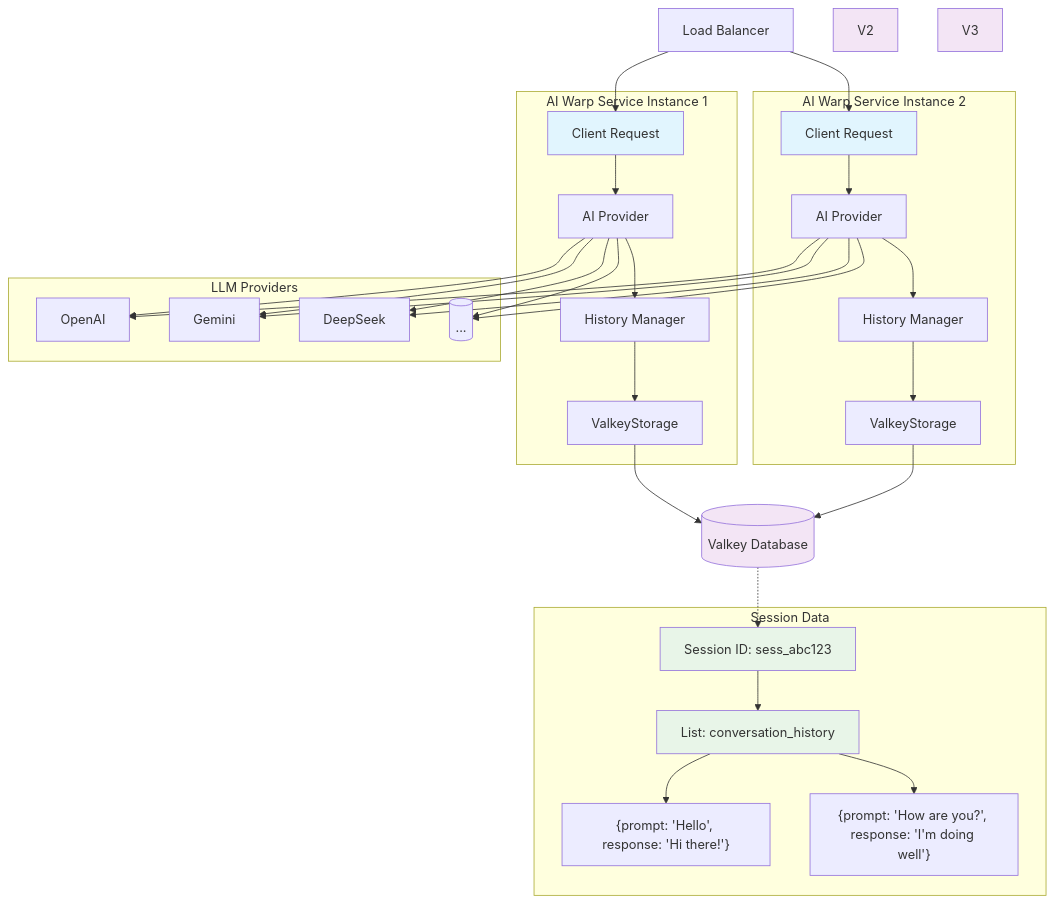
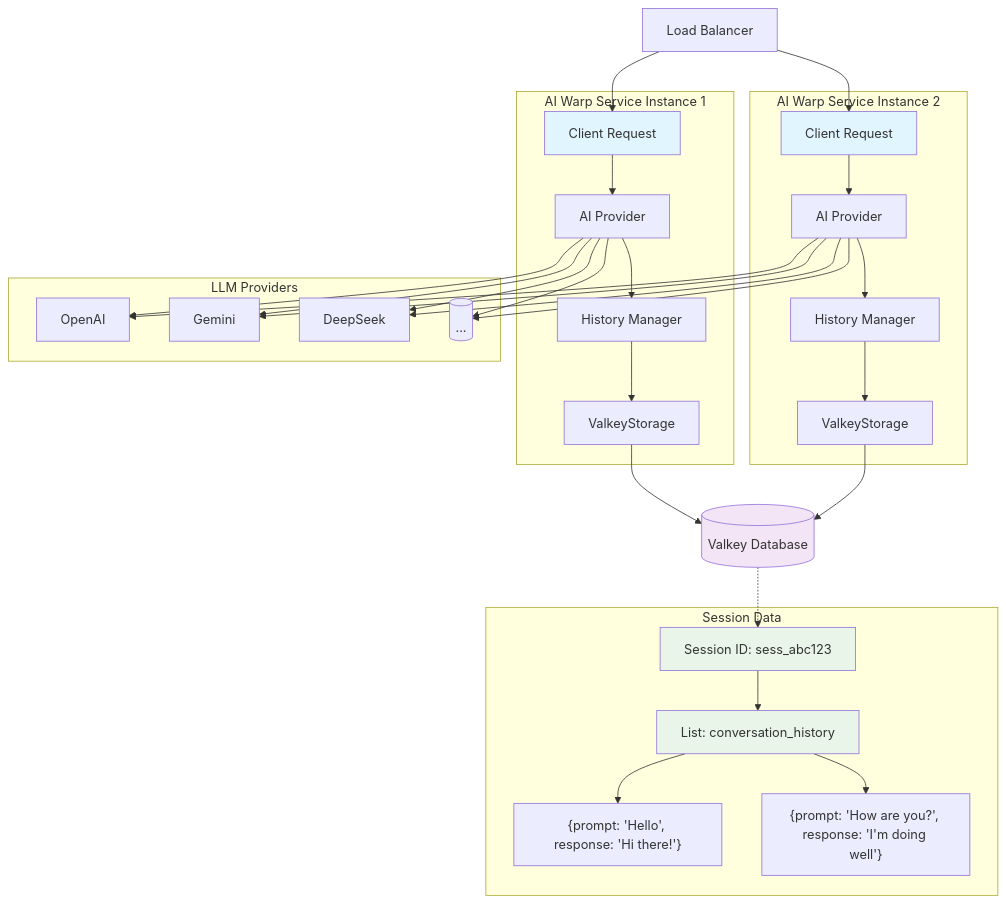
The diagram in BLOG.md (platformatic/ai-warp), drawn with Mermaid before and after one commit.

Commit message:
Remove obsolete V2 and V3 style declarations from diagram
Clean up mermaid diagram styles after removing cluster nodes.

🤖 Generated with [Claude Code](https://claude.ai/code)

````diff
--- a/BLOG.md
+++ b/BLOG.md
@@ -91,58 +91,56 @@
 ```mermaid
 graph TB
     LB[Load Balancer] --> A1
     LB --> A2
     
     subgraph "AI Warp Service Instance 1"
         A1[Client Request] --> B1[AI Provider]
         B1 --> C1[History Manager]
         C1 --> D1[ValkeyStorage]
     end
     
     subgraph "AI Warp Service Instance 2"
         A2[Client Request] --> B2[AI Provider]
         B2 --> C2[History Manager]
         C2 --> D2[ValkeyStorage]
     end
     
     subgraph "LLM Providers"
         OpenAI[OpenAI]
         Gemini[Gemini]
         DeepSeek[DeepSeek]
         Others[(...)]
     end
     
     B1 --> OpenAI
     B1 --> Gemini
     B1 --> DeepSeek
     B1 --> Others
     B2 --> OpenAI
     B2 --> Gemini
     B2 --> DeepSeek
     B2 --> Others
     
     V1[(Valkey Database)]
     
     D1 --> V1
     D2 --> V1
     
     subgraph "Session Data"
         S1[Session ID: sess_abc123]
         S2[List: conversation_history]
         S3["{prompt: 'Hello', response: 'Hi there!'}"]
         S4["{prompt: 'How are you?', response: 'I'm doing well'}"]
     end
     
     V1 -.-> S1
     S1 --> S2
     S2 --> S3
     S2 --> S4
     
     style A1 fill:#e1f5fe
     style A2 fill:#e1f5fe
     style V1 fill:#f3e5f5
-    style V2 fill:#f3e5f5
-    style V3 fill:#f3e5f5
     style S1 fill:#e8f5e8
     style S2 fill:#e8f5e8
 ```
````
